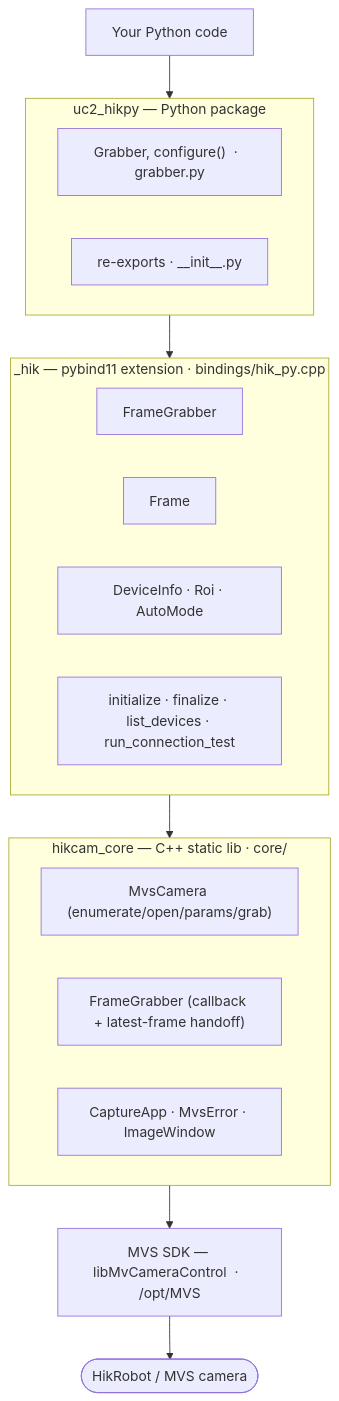
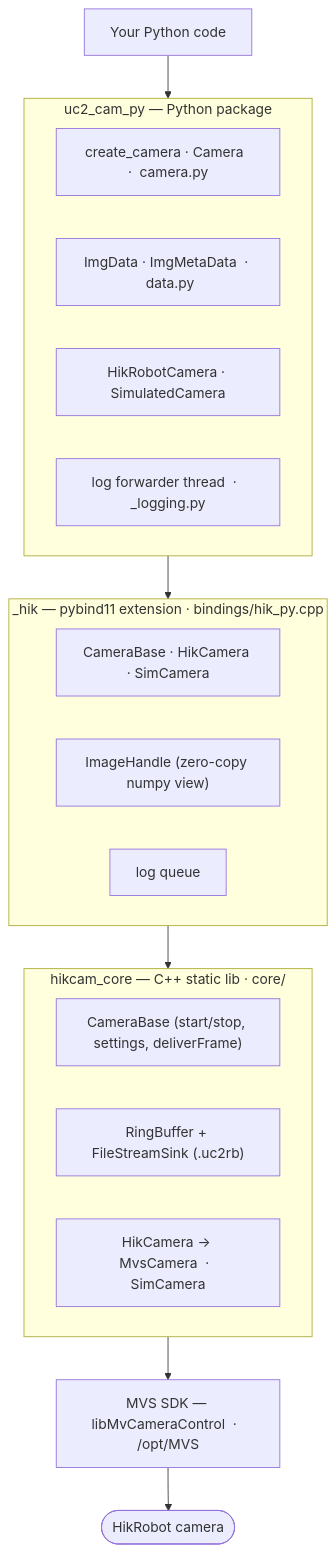
One commit to openUC2/UC2_cam_py changed the first of 2 diagrams in README.md. Above: the diagram before and after it, drawn with Mermaid. The commit also changed other lines of this file and 73 other files, not shown here.

````diff
--- a/README.md
+++ b/README.md
@@ -55,23 +58,24 @@
 ```mermaid
 flowchart TD
     U["Your Python code"] --> P
-    subgraph P["uc2_hikpy — Python package"]
-        G["Grabber, configure()  ·  grabber.py"]
-        INIT["re-exports  ·  __init__.py"]
+    subgraph P["uc2_cam_py — Python package"]
+        CAM["create_camera · Camera  ·  camera.py"]
+        DATA["ImgData · ImgMetaData  ·  data.py"]
+        VEND["HikRobotCamera · SimulatedCamera"]
+        LOG["log forwarder thread  ·  _logging.py"]
     end
     P --> EXT
     subgraph EXT["_hik — pybind11 extension  ·  bindings/hik_py.cpp"]
-        FB["FrameGrabber"]
-        FRM["Frame"]
-        TYPES["DeviceInfo · Roi · AutoMode"]
-        FUNCS["initialize · finalize · list_devices · run_connection_test"]
+        CB["CameraBase · HikCamera · SimCamera"]
+        IH["ImageHandle (zero-copy numpy view)"]
+        LQ["log queue"]
     end
     EXT --> CORE
     subgraph CORE["hikcam_core — C++ static lib  ·  core/"]
-        MC["MvsCamera (enumerate/open/params/grab)"]
-        CFG["FrameGrabber (callback + latest-frame handoff)"]
-        AUX["CaptureApp · MvsError · ImageWindow"]
+        BASE["CameraBase (start/stop, settings, deliverFrame)"]
+        RB["RingBuffer + FileStreamSink (.uc2rb)"]
+        DEV["HikCamera → MvsCamera  ·  SimCamera"]
     end
     CORE --> SDK["MVS SDK — libMvCameraControl  ·  /opt/MVS"]
-    SDK --> CAM([HikRobot / MVS camera])
+    SDK --> HW([HikRobot camera])
 ```
````
